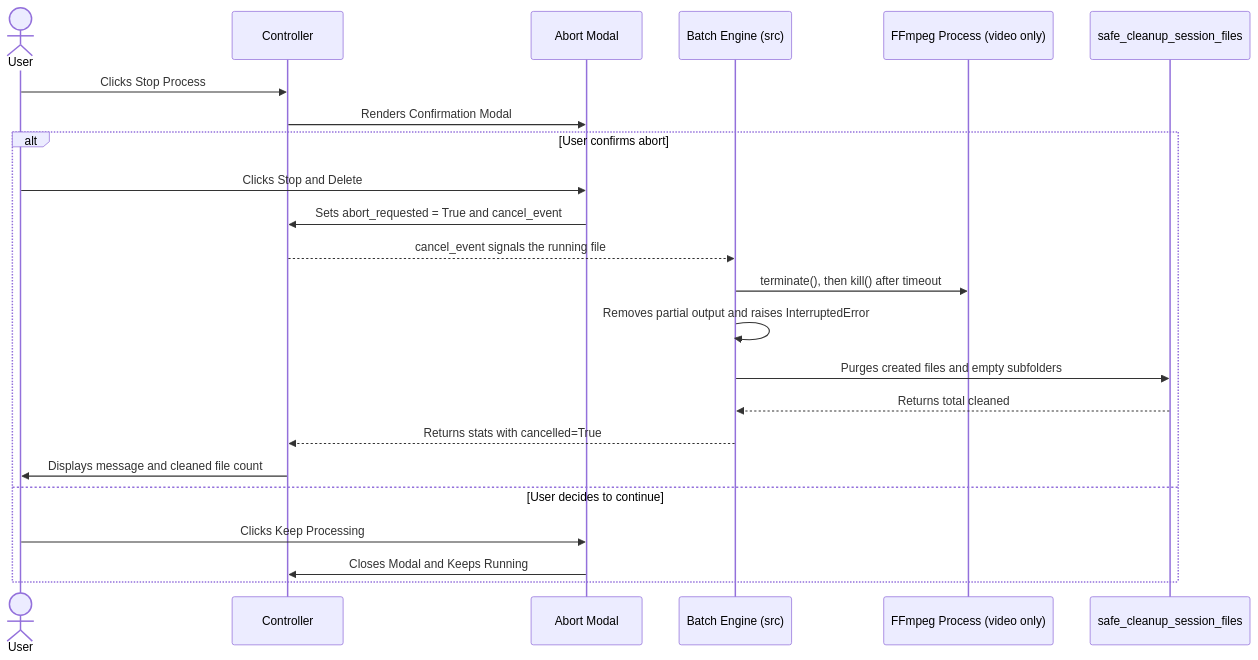
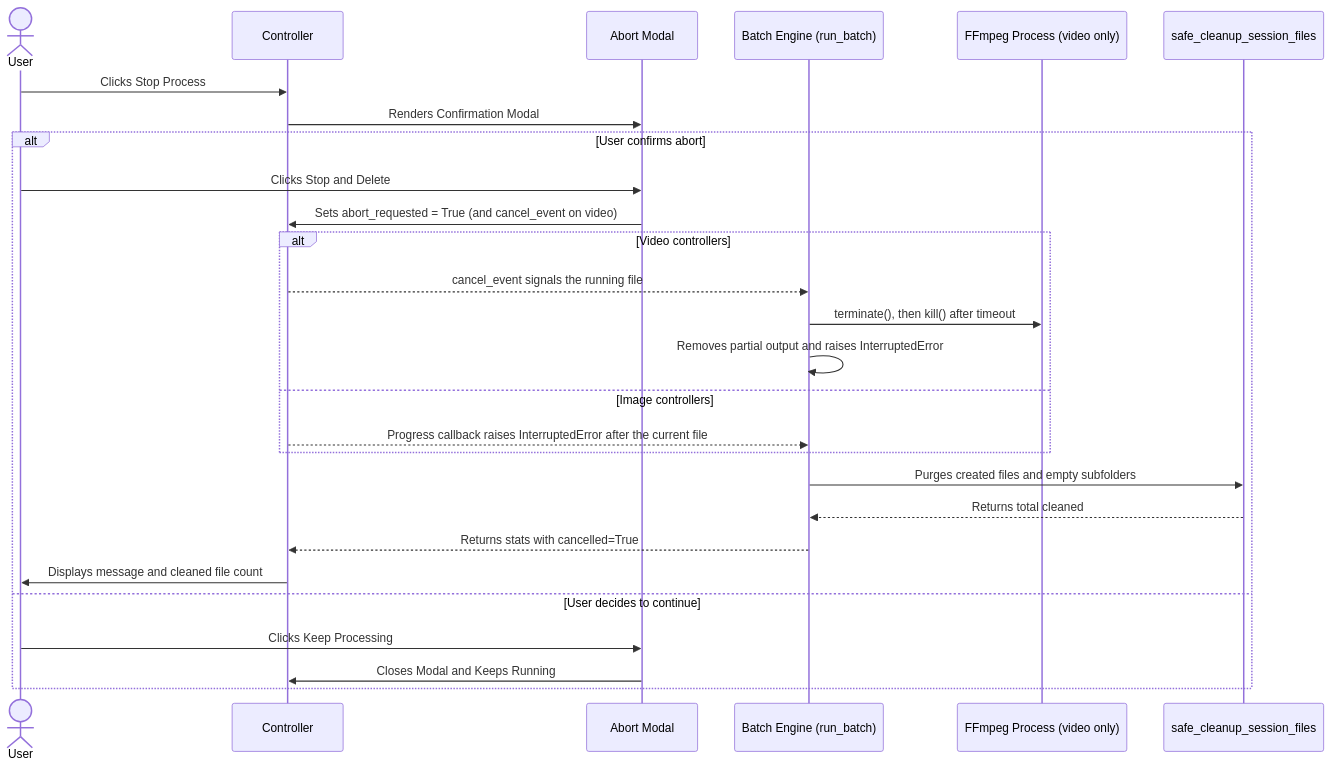
One commit to brunothinker/FallByte changed the second of 4 diagrams in ARCHITECTURE.md. Above: the diagram before and after it, drawn with Mermaid. The commit also changed other lines of this file and 9 other files, not shown here.

````diff
--- a/ARCHITECTURE.md
+++ b/ARCHITECTURE.md
@@ -146,28 +192,32 @@
 ```mermaid
 sequenceDiagram
 
 actor User as User
 participant Controller as Controller
 participant Dialog as Abort Modal
-participant Engine as Batch Engine (src)
+participant Engine as Batch Engine (run_batch)
 participant FFmpeg as FFmpeg Process (video only)
 participant Cleanup as safe_cleanup_session_files
 
 User->>Controller: Clicks Stop Process
 Controller->>Dialog: Renders Confirmation Modal
 
 alt User confirms abort
     User->>Dialog: Clicks Stop and Delete
-    Dialog->>Controller: Sets abort_requested = True and cancel_event
-    Controller-->>Engine: cancel_event signals the running file
-    Engine->>FFmpeg: terminate(), then kill() after timeout
-    Engine->>Engine: Removes partial output and raises InterruptedError
+    Dialog->>Controller: Sets abort_requested = True (and cancel_event on video)
+    alt Video controllers
+        Controller-->>Engine: cancel_event signals the running file
+        Engine->>FFmpeg: terminate(), then kill() after timeout
+        Engine->>Engine: Removes partial output and raises InterruptedError
+    else Image controllers
+        Controller-->>Engine: Progress callback raises InterruptedError after the current file
+    end
     Engine->>Cleanup: Purges created files and empty subfolders
     Cleanup-->>Engine: Returns total cleaned
     Engine-->>Controller: Returns stats with cancelled=True
     Controller->>User: Displays message and cleaned file count
 else User decides to continue
     User->>Dialog: Clicks Keep Processing
     Dialog->>Controller: Closes Modal and Keeps Running
 end
 ```
````
